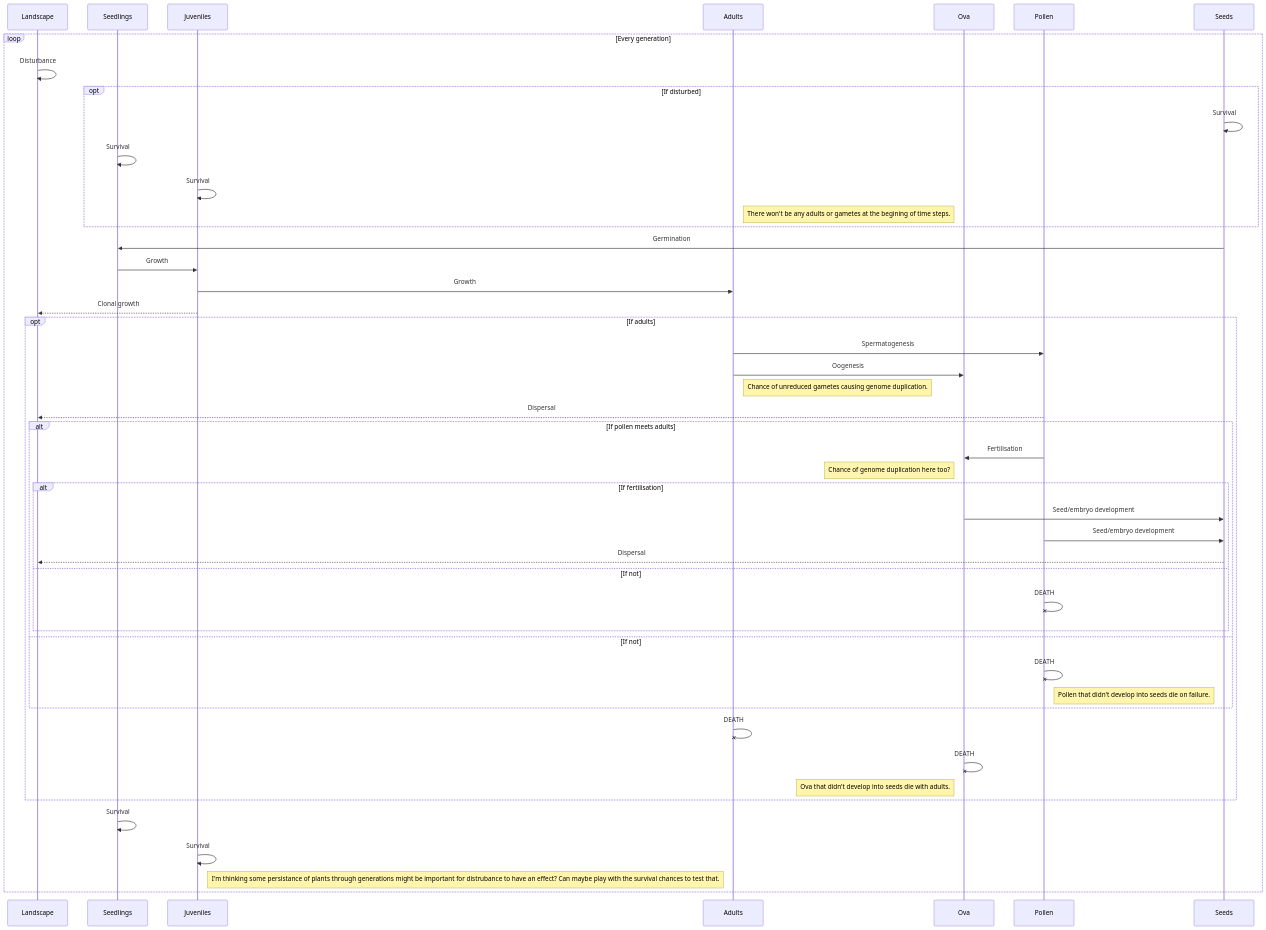
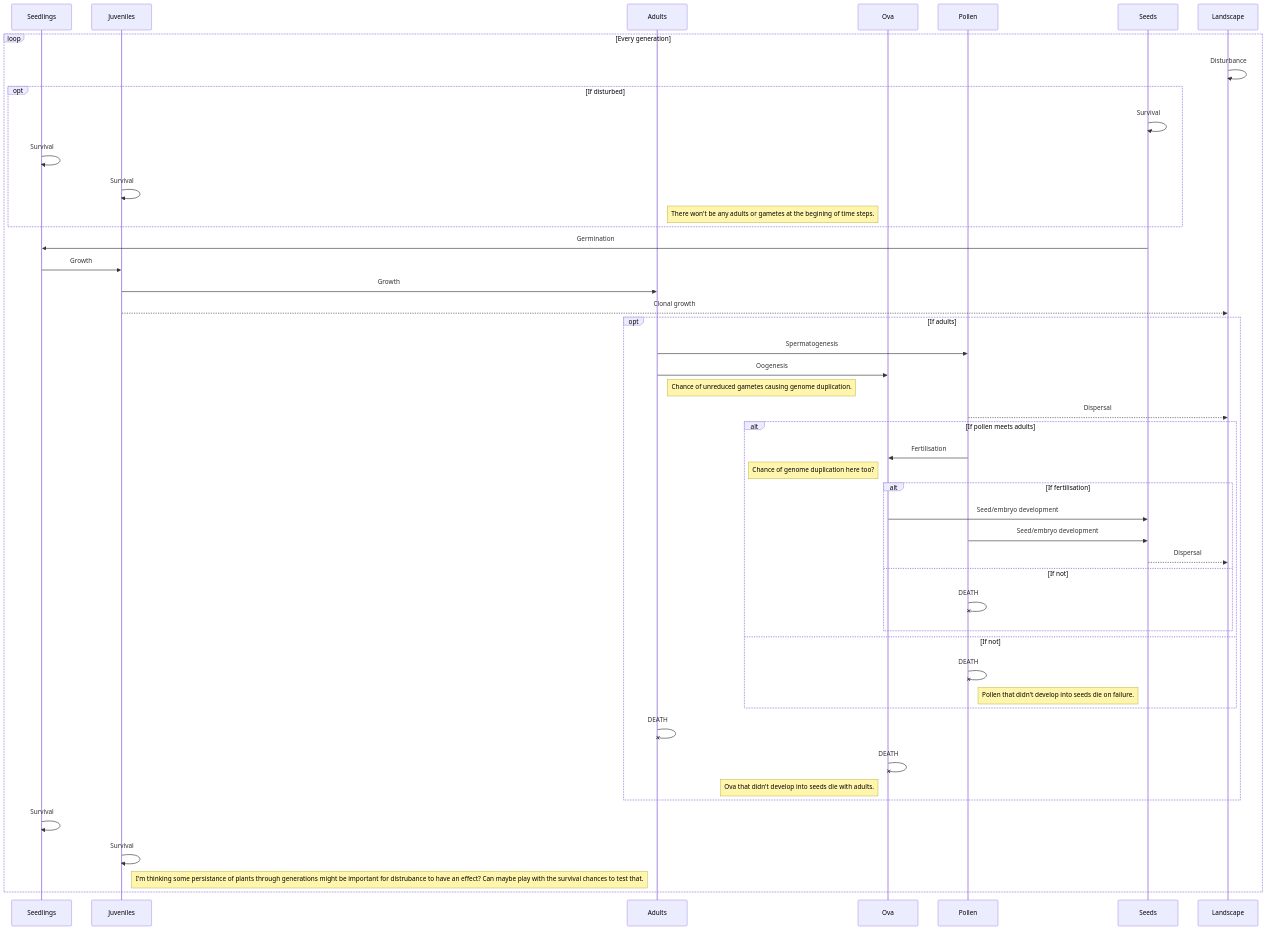
The diagram in assets/timestep-sequence.mmd (rosemckeon/ploidy), drawn with Mermaid before and after one commit.

Commit message:
Improved layout of sequence diagram #8

```diff
--- a/assets/timestep-sequence.mmd
+++ b/assets/timestep-sequence.mmd
@@ -1,48 +1,48 @@
 
 sequenceDiagram
-  participant L as Landscape
   participant 1 as Seedlings
   participant 2 as Juveniles
   participant 3 as Adults
   participant F as Ova
   participant M as Pollen
-  participant S as Seeds
+  participant 0 as Seeds
+  participant Z as Landscape
   loop Every generation
-    L->>L: Disturbance
+    Z->>Z: Disturbance
     opt If disturbed
-      S->>S: Survival
+      0->>0: Survival
       1->>1: Survival
       2->>2: Survival
       Note right of 3: There won't be any adults or gametes at the begining of time steps.
     end
-    S->>1: Germination
+    0->>1: Germination
     1->>2: Growth
     2->>3: Growth
-    2-->>L: Clonal growth
+    2-->>Z: Clonal growth
     opt If adults
       3->>M: Spermatogenesis
       3->>F: Oogenesis
       Note right of 3: Chance of unreduced gametes causing genome duplication.
-      M-->>L: Dispersal
+      M-->>Z: Dispersal
       alt If pollen meets adults
         M->>F: Fertilisation
         Note left of F: Chance of genome duplication here too?
         alt If fertilisation
-          F->>S: Seed/embryo development
-          M->>S: Seed/embryo development
-          S-->>L: Dispersal
+          F->>0: Seed/embryo development
+          M->>0: Seed/embryo development
+          0-->>Z: Dispersal
         else If not
           M-xM: DEATH
         end
       else If not
         M-xM: DEATH
         Note right of M: Pollen that didn't develop into seeds die on failure.
       end
       3-x3: DEATH
       F-xF: DEATH
       Note left of F: Ova that didn't develop into seeds die with adults.
     end
     1->>1: Survival
     2->>2: Survival
     Note right of 2: I'm thinking some persistance of plants through generations might be important for distrubance to have an effect? Can maybe play with the survival chances to test that.
   end
```
